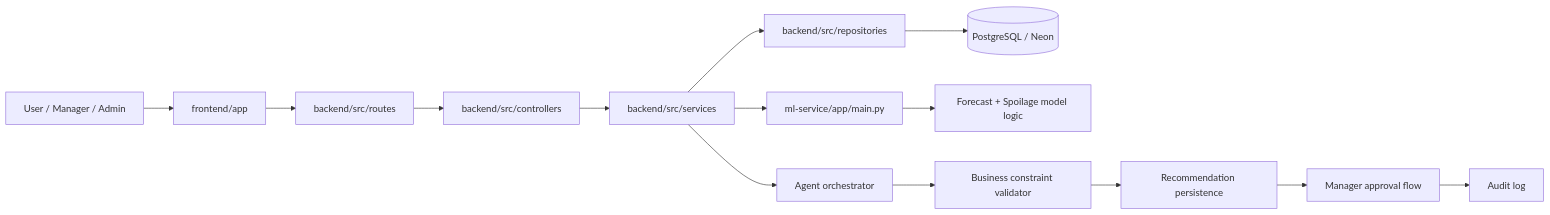
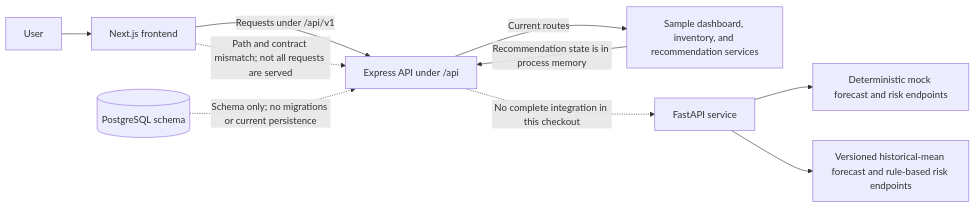
Before and after one commit to A-Sai-Suraj/Zero-Waste-Grocery-An-Agentic-AI-Approach-to-Perishable-Demand-Shelf-Life-Management: the first of 3 diagrams in docs/architecture.md, drawn with Mermaid. The commit also changed other lines of this file and 4 other files, not shown here.

````diff
--- a/docs/architecture.md
+++ b/docs/architecture.md
@@ -5,16 +7,12 @@
 ```mermaid
 flowchart LR
-    U[User / Manager / Admin] --> FE[frontend/app]
-    FE --> API[backend/src/routes]
-    API --> CTRL[backend/src/controllers]
-    CTRL --> SRV[backend/src/services]
-    SRV --> REPO[backend/src/repositories]
-    REPO --> PG[(PostgreSQL / Neon)]
-    SRV --> ML[ml-service/app/main.py]
-    ML --> PRED[Forecast + Spoilage model logic]
-    SRV --> ORCH[Agent orchestrator]
-    ORCH --> VALID[Business constraint validator]
-    VALID --> REC[Recommendation persistence]
-    REC --> APPR[Manager approval flow]
-    APPR --> AUDIT[Audit log]
+    U[User] --> FE[Next.js frontend]
+    FE -->|Requests under /api/v1| API[Express API under /api]
+    API -->|Current routes| SAMPLE[Sample dashboard, inventory, and recommendation services]
+    SAMPLE -->|Recommendation state is in process memory| API
+    FE -.->|Path and contract mismatch; not all requests are served| API
+    ML[FastAPI service] --> LEGACY[Deterministic mock forecast and risk endpoints]
+    ML --> BASELINE[Versioned historical-mean forecast and rule-based risk endpoints]
+    API -.->|No complete integration in this checkout| ML
+    DB[(PostgreSQL schema)] -.->|Schema only; no migrations or current persistence| API
 ```
````
